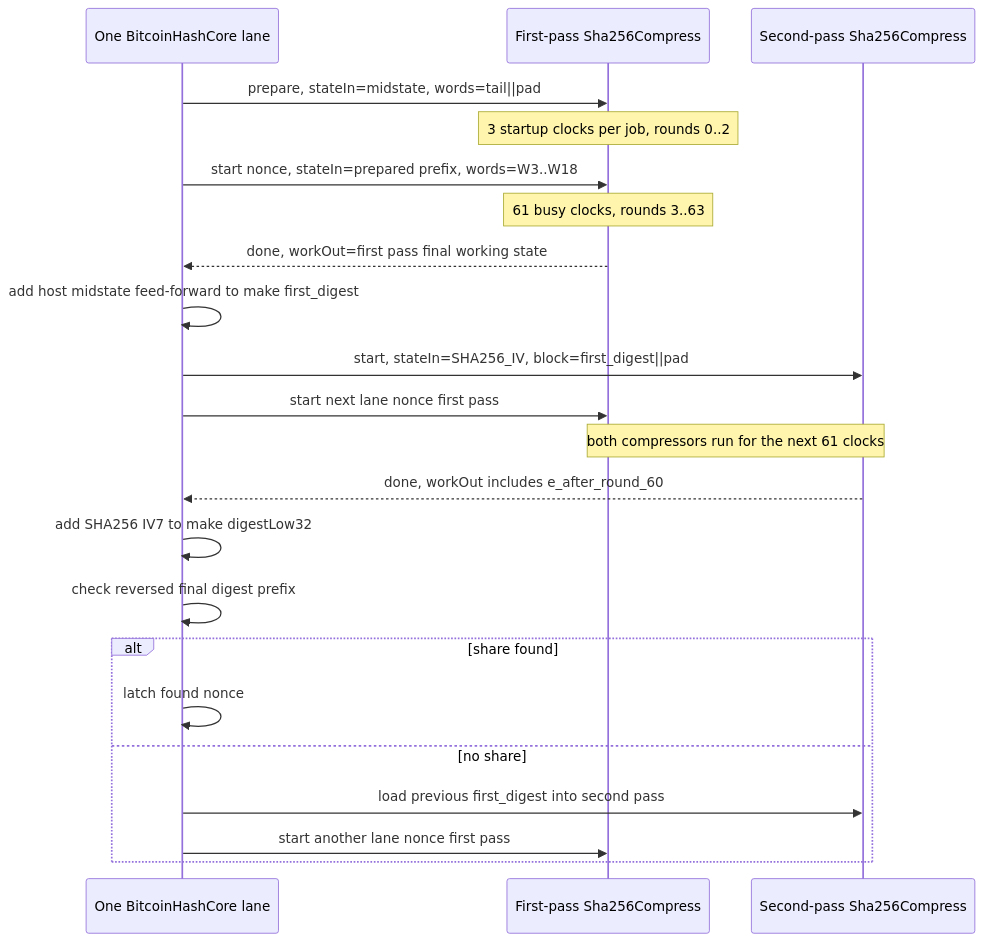
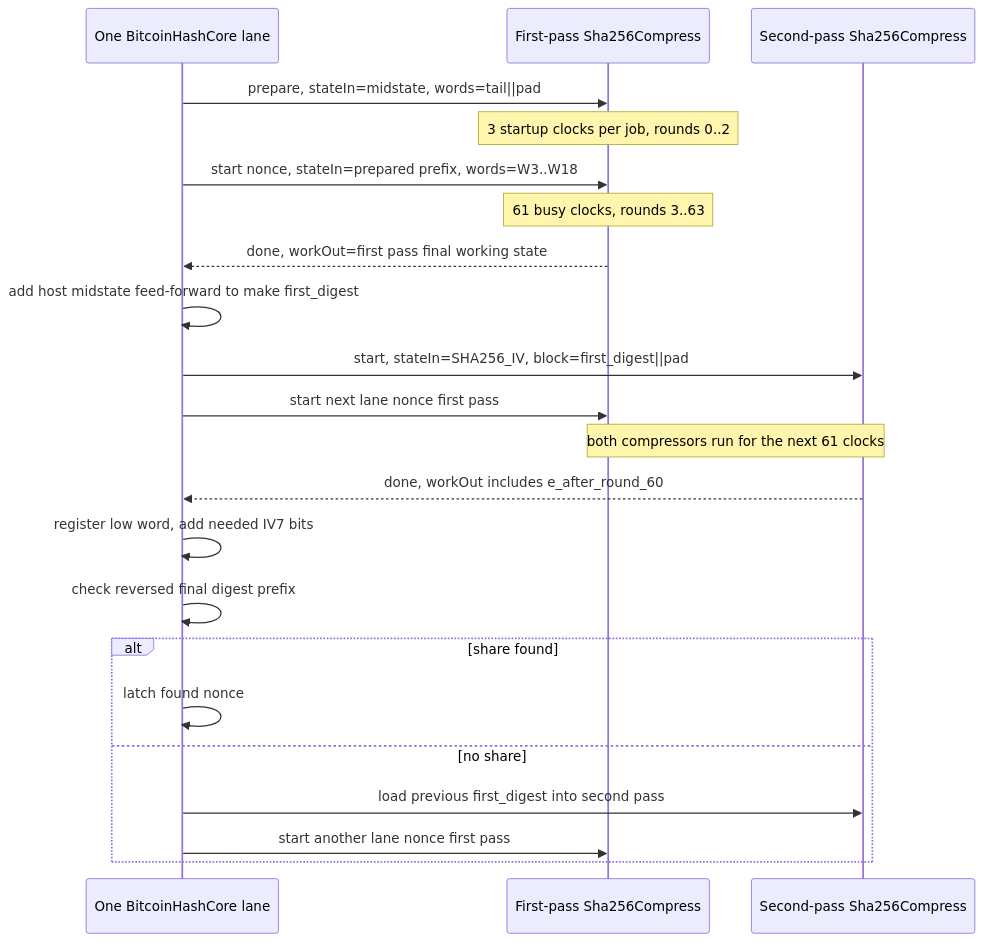
The fourth of 4 diagrams in docs/compression-circuitry.md (Distortions81/TangMiner), drawn with Mermaid before and after one commit. The commit also changed other lines of this file and 3 other files, not shown here.

````diff
--- a/docs/compression-circuitry.md
+++ b/docs/compression-circuitry.md
@@ -207,25 +212,25 @@
 ```mermaid
 sequenceDiagram
     participant Core as One BitcoinHashCore lane
     participant SHA1 as First-pass Sha256Compress
     participant SHA2 as Second-pass Sha256Compress
 
     Core->>SHA1: prepare, stateIn=midstate, words=tail||pad
     Note over SHA1: 3 startup clocks per job, rounds 0..2
     Core->>SHA1: start nonce, stateIn=prepared prefix, words=W3..W18
     Note over SHA1: 61 busy clocks, rounds 3..63
     SHA1-->>Core: done, workOut=first pass final working state
     Core->>Core: add host midstate feed-forward to make first_digest
     Core->>SHA2: start, stateIn=SHA256_IV, block=first_digest||pad
     Core->>SHA1: start next lane nonce first pass
     Note over SHA1,SHA2: both compressors run for the next 61 clocks
     SHA2-->>Core: done, workOut includes e_after_round_60
-    Core->>Core: add SHA256 IV7 to make digestLow32
+    Core->>Core: register low word, add needed IV7 bits
     Core->>Core: check reversed final digest prefix
     alt share found
         Core->>Core: latch found nonce
     else no share
         Core->>SHA2: load previous first_digest into second pass
         Core->>SHA1: start another lane nonce first pass
     end
 ```
````
